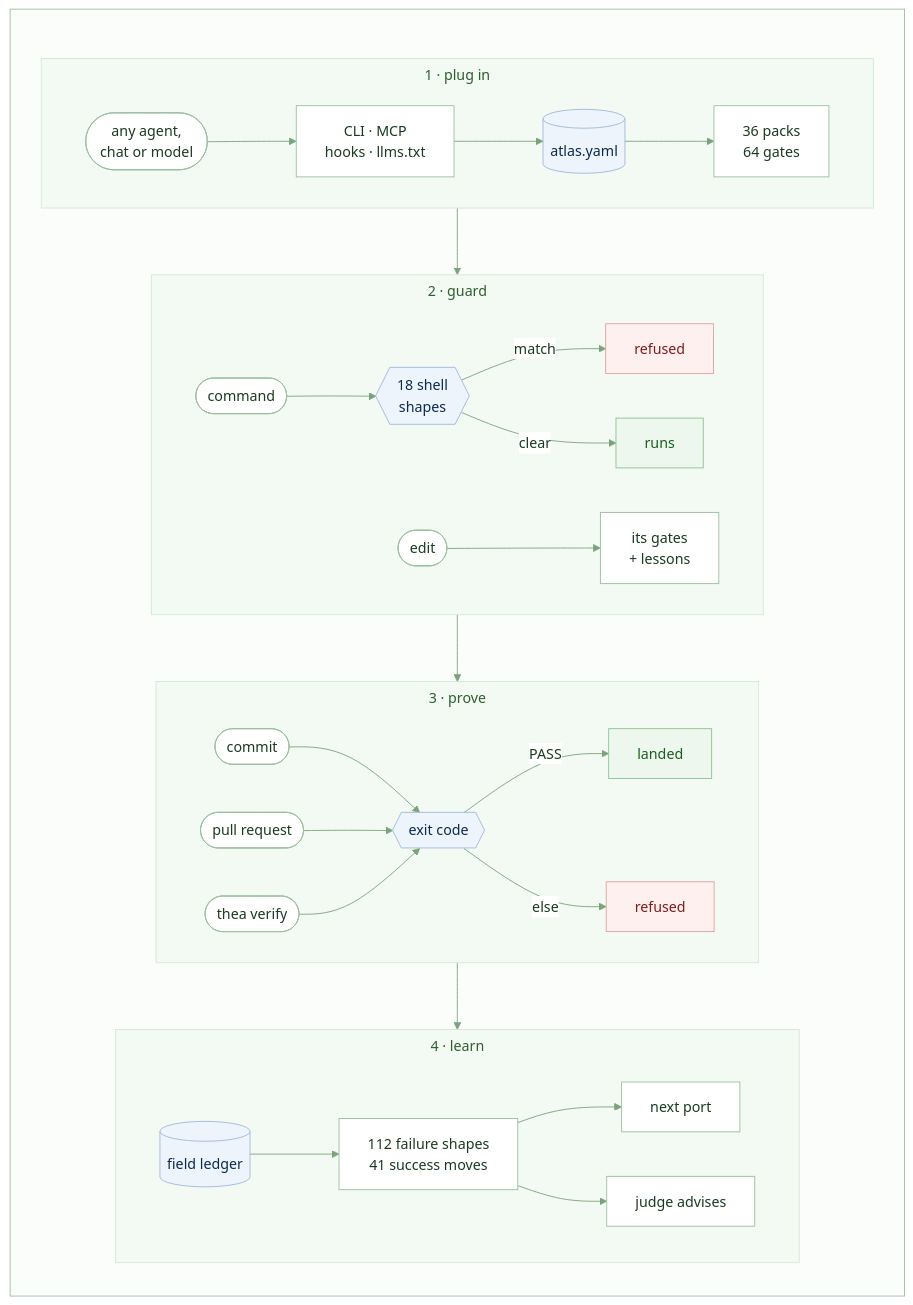
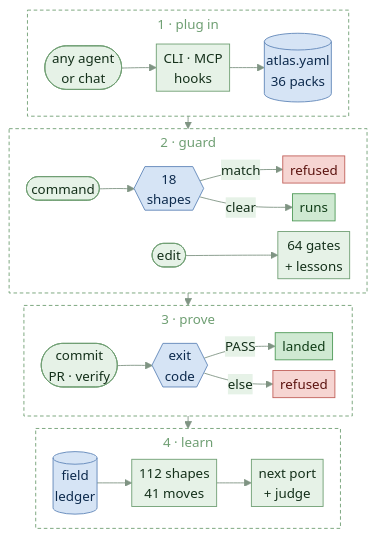
The diagram in README.md (HLIntel/Headron), drawn with Mermaid before and after one commit. The commit also changed other lines of this file and 7 other files, not shown here.

First line of the commit message:
artifact_edges declared and refused; README diagram reads on light, dark and phone

````diff
--- a/README.md
+++ b/README.md
@@ -40,53 +40,52 @@
 ```mermaid
 ---
 config:
   theme: base
   themeVariables:
-    primaryColor: "#ffffff"
-    primaryBorderColor: "#9bbf9d"
-    primaryTextColor: "#1b3a1f"
-    lineColor: "#7aa37c"
-    clusterBkg: "#f3f9f3"
-    clusterBorder: "#d3e8d4"
-    titleColor: "#2e5e31"
+    primaryColor: "#e6f2e7"
+    primaryBorderColor: "#6f9f73"
+    primaryTextColor: "#14301a"
+    lineColor: "#7f9483"
+    titleColor: "#6f9f73"
+    edgeLabelBackground: "#e6f2e7"
+    fontSize: "15px"
   flowchart:
-    subGraphTitleMargin: {top: 6, bottom: 12}
-    padding: 16
+    subGraphTitleMargin: {top: 4, bottom: 6}
+    padding: 4
+    nodeSpacing: 12
+    rankSpacing: 14
 ---
 flowchart TB
   accTitle: How Thea proves a change
   accDescr: any agent, chat or model plugs in, each file routes to its gates, hooks guard, the same gates prove at commit, in CI and in thea verify, anything but PASS is refused, every verdict is kept
-  subgraph thea [" "]
-    direction TB
-    subgraph ask [1 · plug in]
-      direction LR
-      A([any agent,<br>chat or model]) --> I[CLI · MCP<br>hooks · llms.txt] --> D[(atlas.yaml)] --> G[36 packs<br>64 gates]
-    end
-    subgraph guard [2 · guard]
-      direction LR
-      S([command]) --> W{{18 shell<br>shapes}}
-      W -->|match| Y[refused]
-      W -->|clear| O[runs]
-      E([edit]) --> L[its gates<br>+ lessons]
-    end
-    subgraph run [3 · prove]
-      direction LR
-      H([commit]) & C([pull request]) & R([thea verify]) --> V{{exit code}}
-      V -->|PASS| M[landed]
-      V -->|else| X[refused]
-    end
-    subgraph learn [4 · learn]
-      direction LR
-      Q[(field ledger)] --> F[112 failure shapes<br>41 success moves] --> N[next port]
-      F --> J[judge advises]
-    end
-    ask --> guard --> run --> learn
+  subgraph ask [1 · plug in]
+    direction LR
+    A([any agent<br>or chat]) --> I[CLI · MCP<br>hooks] --> D[(atlas.yaml<br>36 packs)]
   end
-  style thea fill:#fbfdfb,stroke:#9bbf9d,stroke-width:1px
-  classDef stop fill:#fdf0ef,stroke:#e0a19b,color:#7f1d1d
-  classDef go fill:#edf7ee,stroke:#8cc191,color:#1b5e20
-  classDef store fill:#eef4fb,stroke:#9db8d9,color:#0d2a4d
+  subgraph guard [2 · guard]
+    direction LR
+    S([command]) --> W{{18<br>shapes}}
+    W -->|match| Y[refused]
+    W -->|clear| O[runs]
+    E([edit]) --> L[64 gates<br>+ lessons]
+  end
+  subgraph run [3 · prove]
+    direction LR
+    H([commit<br>PR · verify]) --> V{{exit<br>code}}
+    V -->|PASS| M[landed]
+    V -->|else| X[refused]
+  end
+  subgraph learn [4 · learn]
+    direction LR
+    Q[(field<br>ledger)] --> F[112 shapes<br>41 moves] --> N[next port<br>+ judge]
+  end
+  ask --> guard --> run --> learn
+  classDef band fill:none,stroke:#6f9f73,stroke-dasharray:4 3
+  class ask,guard,run,learn band
+  classDef stop fill:#f6d5d2,stroke:#c0605a,color:#5c1410
+  classDef go fill:#cfe9d2,stroke:#4f9a58,color:#103d17
+  classDef store fill:#d6e4f5,stroke:#5f86b8,color:#0d2a4d
   class X,Y stop
   class M,O go
   class D,Q,V,W store
 ```
````
